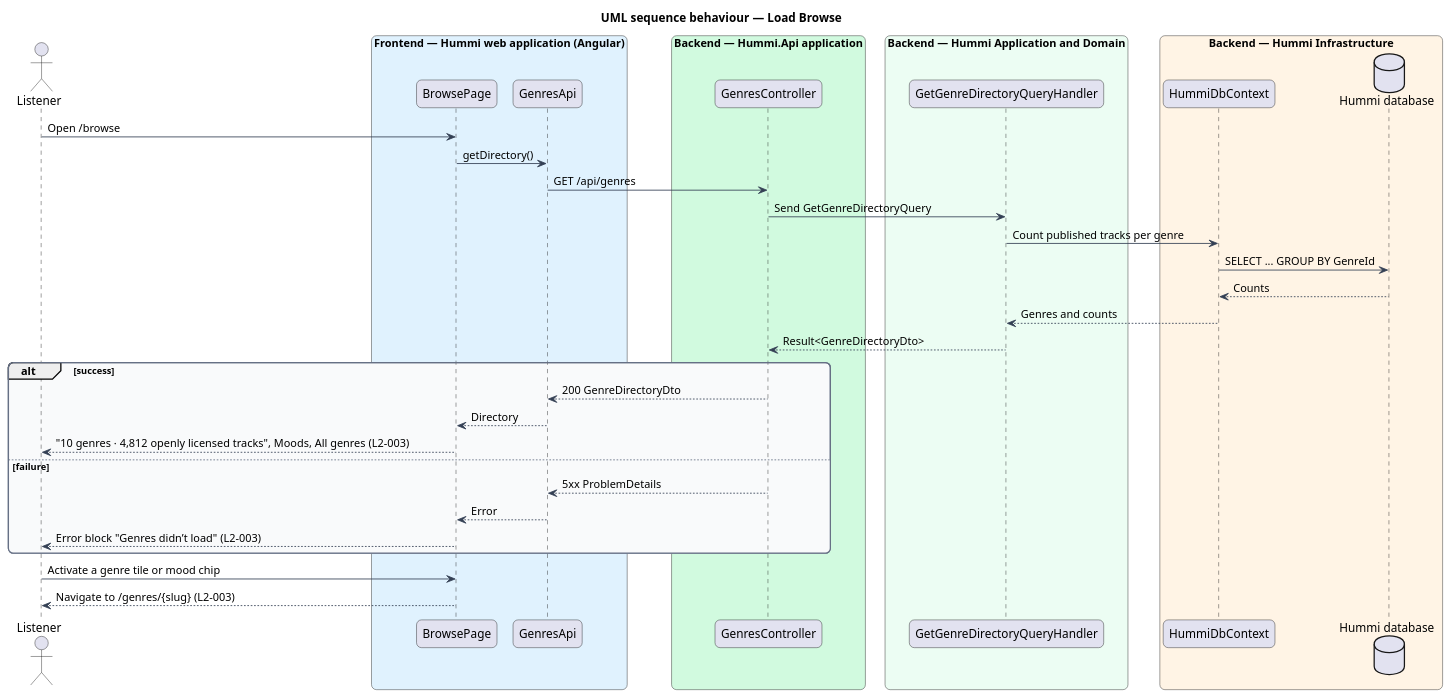
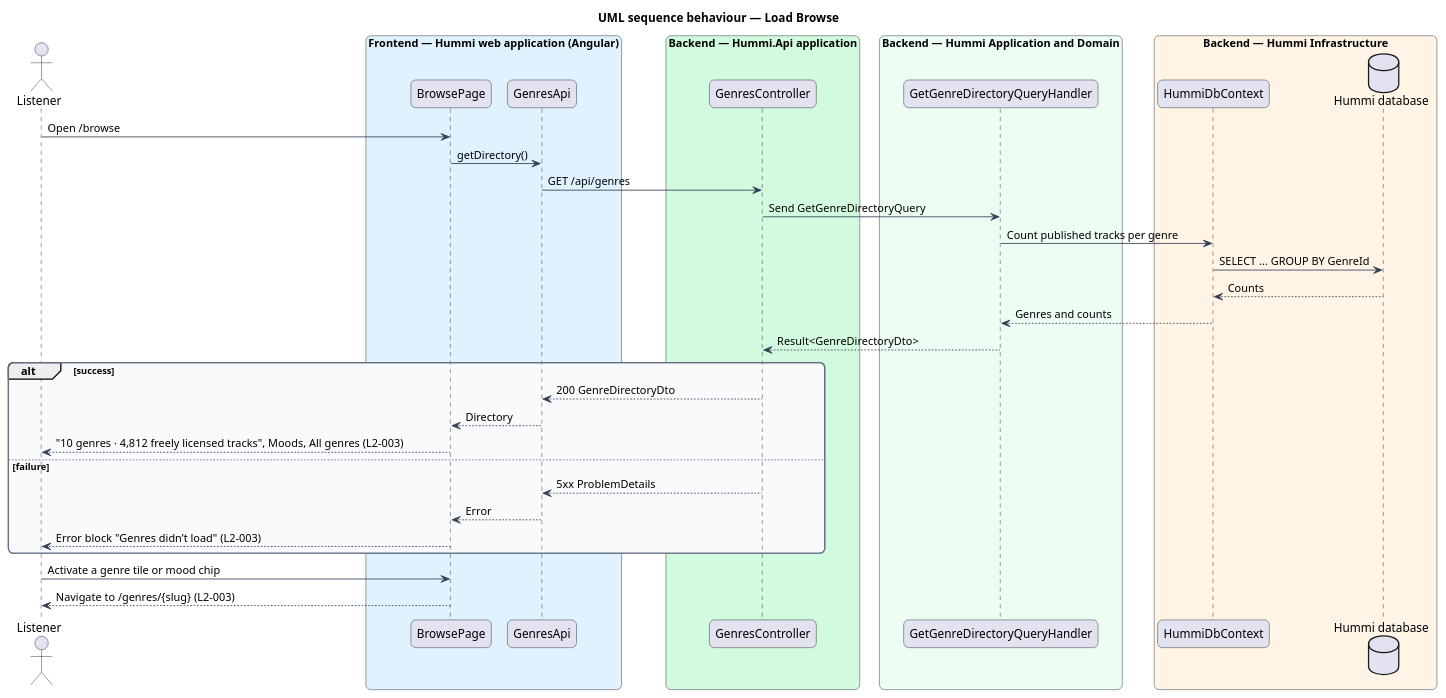
Before and after one commit to QuinntyneBrown/hummi: the diagram in docs/detailed-designs/discovery/browse-genres/diagrams/sequence-load-browse.puml, drawn with PlantUML. The commit also changed 23 other files, not shown here.

```diff
--- a/docs/detailed-designs/discovery/browse-genres/diagrams/sequence-load-browse.puml
+++ b/docs/detailed-designs/discovery/browse-genres/diagrams/sequence-load-browse.puml
@@ -1,52 +1,52 @@
 @startuml
 title UML sequence behaviour — Load Browse
 skinparam backgroundColor #FFFFFF
 skinparam shadowing false
 skinparam roundcorner 12
 skinparam defaultFontName Arial
 skinparam ArrowColor #344054
 skinparam rectangle {
   BorderColor #344054
   FontColor #101828
 }
 skinparam package {
   BorderColor #667085
   FontColor #101828
   BackgroundColor #F9FAFB
 }
 actor "Listener" as u
 box "Frontend — Hummi web application (Angular)" #E0F2FE
   participant "BrowsePage" as page
   participant "GenresApi" as client
 end box
 box "Backend — Hummi.Api application" #D1FADF
   participant "GenresController" as ctl
 end box
 box "Backend — Hummi Application and Domain" #ECFDF3
   participant "GetGenreDirectoryQueryHandler" as q
 end box
 box "Backend — Hummi Infrastructure" #FFF4E5
   participant "HummiDbContext" as ctx
   database "Hummi database" as db
 end box
 u -> page : Open /browse
 page -> client : getDirectory()
 client -> ctl : GET /api/genres
 ctl -> q : Send GetGenreDirectoryQuery
 q -> ctx : Count published tracks per genre
 ctx -> db : SELECT ... GROUP BY GenreId
 db --> ctx : Counts
 ctx --> q : Genres and counts
 q --> ctl : Result<GenreDirectoryDto>
 alt success
   ctl --> client : 200 GenreDirectoryDto
   client --> page : Directory
-  page --> u : "10 genres · 4,812 openly licensed tracks", Moods, All genres (L2-003)
+  page --> u : "10 genres · 4,812 freely licensed tracks", Moods, All genres (L2-003)
 else failure
   ctl --> client : 5xx ProblemDetails
   client --> page : Error
   page --> u : Error block "Genres didn’t load" (L2-003)
 end
 u -> page : Activate a genre tile or mood chip
 page --> u : Navigate to /genres/{slug} (L2-003)
 @enduml
```
